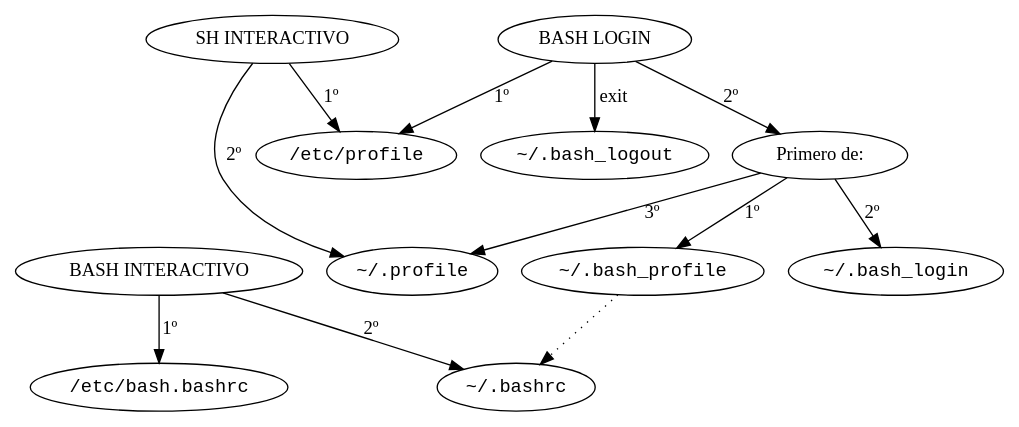
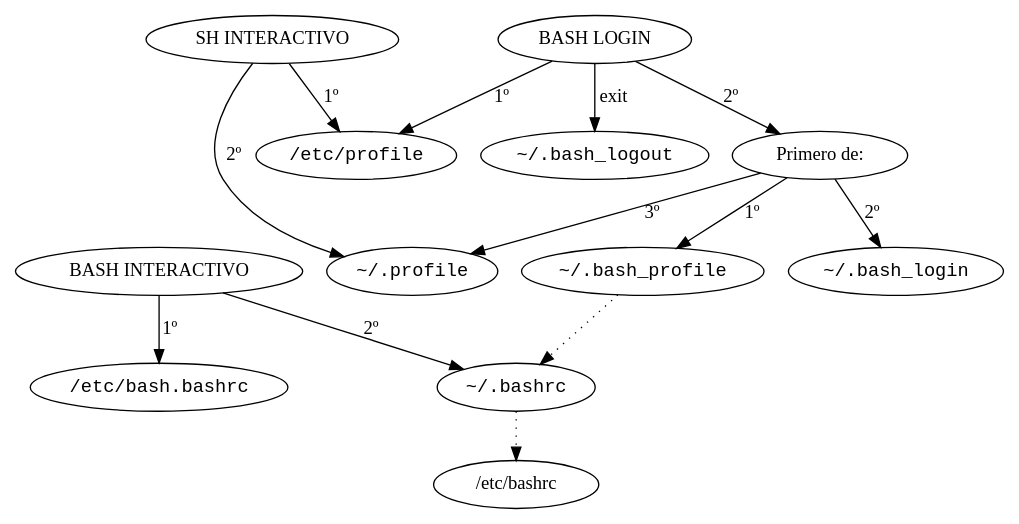
Before and after one commit to alvarogonzalezsotillo/apuntes-clase: the first of 2 diagrams in sistemas-gestores-bbdd-asir2/apuntes/1/asgbd-1-instalar-oracle.org, drawn with Graphviz. The commit also changed 5 other files, not shown here.

Commit message:
/etc/bashrc

```diff
--- a/sistemas-gestores-bbdd-asir2/apuntes/1/asgbd-1-instalar-oracle.org
+++ b/sistemas-gestores-bbdd-asir2/apuntes/1/asgbd-1-instalar-oracle.org
@@ -258,27 +258,28 @@
 #+BEGIN_SRC dot :file ./media/ficheros-inicio-bash.svg :exports results :cmd dot :cmdline -Tsvg
 digraph {
         "~/.bash_profile" [fontname="courier new"];
         "~/.bash_login" [fontname="courier new"];
         "~/.profile" [fontname="courier new"];
         "~/.bash_logout" [fontname="courier new"];
         "/etc/bash.bashrc" [fontname="courier new"];
         "~/.bashrc" [fontname="courier new"];
         "/etc/profile" [fontname="courier new"];
 
         "BASH LOGIN" -> "/etc/profile" [label="1º"];
         "BASH LOGIN" -> "Primero de:" [label="2º"];
         "Primero de:" -> "~/.bash_profile" [label="1º"];
         "Primero de:" -> "~/.bash_login" [label="2º"];
         "Primero de:" -> "~/.profile" [label="3º"];
         
         "BASH LOGIN" -> "~/.bash_logout" [label="exit"];
 
         "BASH INTERACTIVO" -> "/etc/bash.bashrc" [label="1º"]
         "BASH INTERACTIVO" -> "~/.bashrc" [label="2º"]
 
         "SH INTERACTIVO" -> "/etc/profile" [label="1º"]
         "SH INTERACTIVO" -> "~/.profile" [label="2º"]
 
         "~/.bash_profile" -> "~/.bashrc" [style=dotted]
+        "~/.bashrc" -> "/etc/bashrc" [style=dotted]
 }
 #+END_SRC
```
